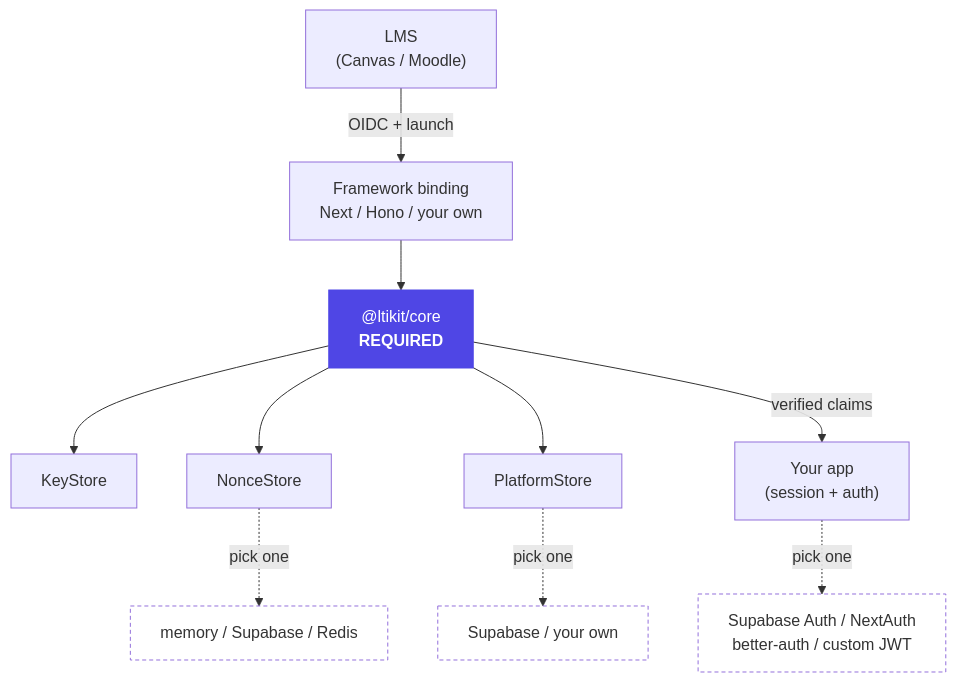
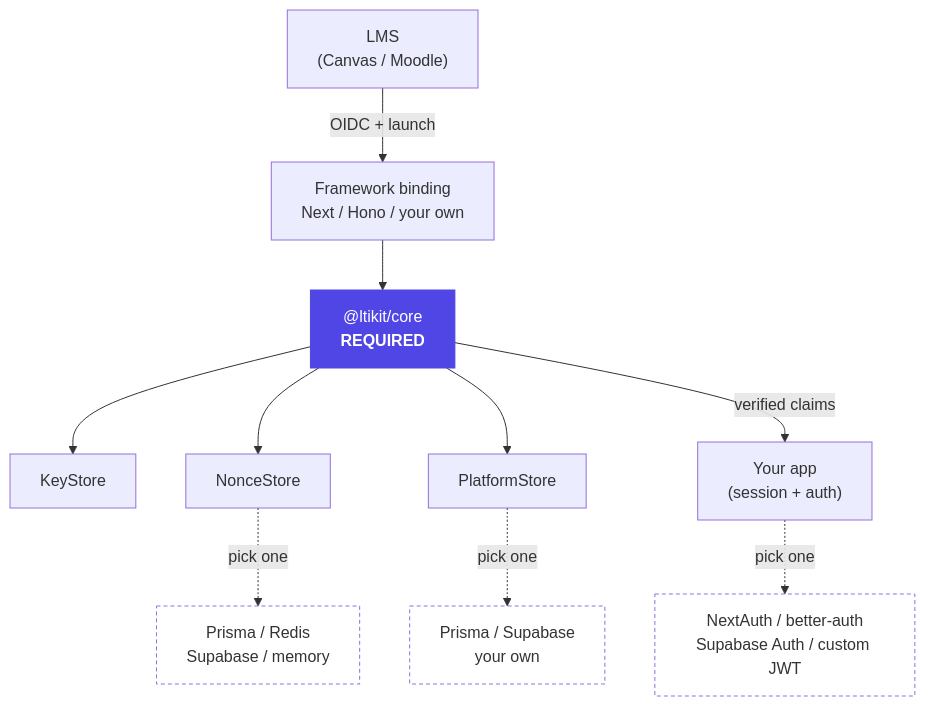
The diagram in docs/src/content/docs/getting-started/how-it-fits.mdx (alasim/ltikit), drawn with Mermaid before and after one commit. The commit also changed other lines of this file and 20 other files, not shown here.

````diff
--- a/docs/src/content/docs/getting-started/how-it-fits.mdx
+++ b/docs/src/content/docs/getting-started/how-it-fits.mdx
@@ -13,17 +13,17 @@
 ```mermaid
 flowchart TD
   LMS["LMS<br/>(Canvas / Moodle)"] -->|"OIDC + launch"| Binding["Framework binding<br/>Next / Hono / your own"]
   Binding --> Core["@ltikit/core<br/><b>REQUIRED</b>"]
   Core --> Keys["KeyStore"]
   Core --> Nonce["NonceStore"]
   Core --> Plat["PlatformStore"]
   Core -->|"verified claims"| App["Your app<br/>(session + auth)"]
-  App -. "pick one" .-> AuthLib["Supabase Auth / NextAuth<br/>better-auth / custom JWT"]
-  Nonce -. "pick one" .-> NStore["memory / Supabase / Redis"]
-  Plat -. "pick one" .-> PStore["Supabase / your own"]
+  App -. "pick one" .-> AuthLib["NextAuth / better-auth<br/>Supabase Auth / custom JWT"]
+  Nonce -. "pick one" .-> NStore["Prisma / Redis<br/>Supabase / memory"]
+  Plat -. "pick one" .-> PStore["Prisma / Supabase<br/>your own"]
 
   classDef req fill:#4f46e5,color:#fff,stroke:#4f46e5;
   classDef pick fill:none,stroke-dasharray:4 3;
   class Core req;
   class AuthLib,NStore,PStore pick;
 ```
````
